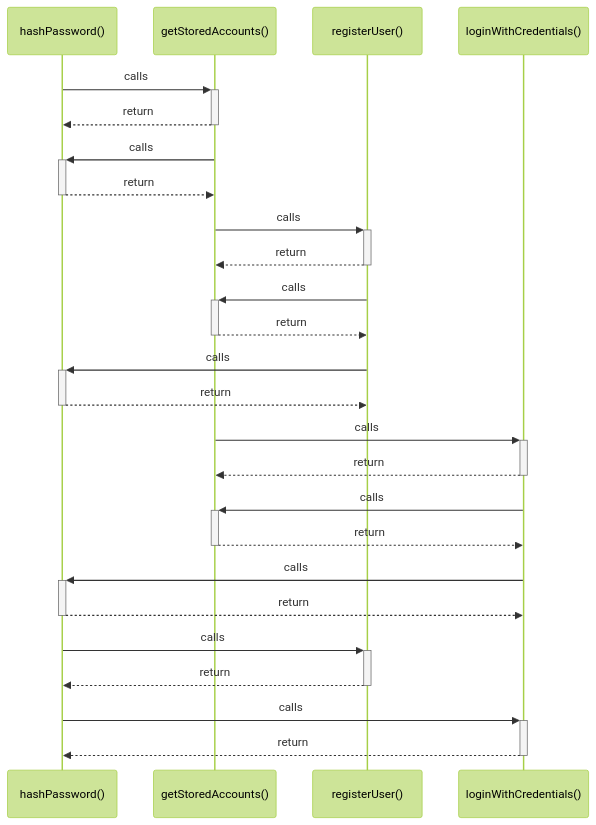
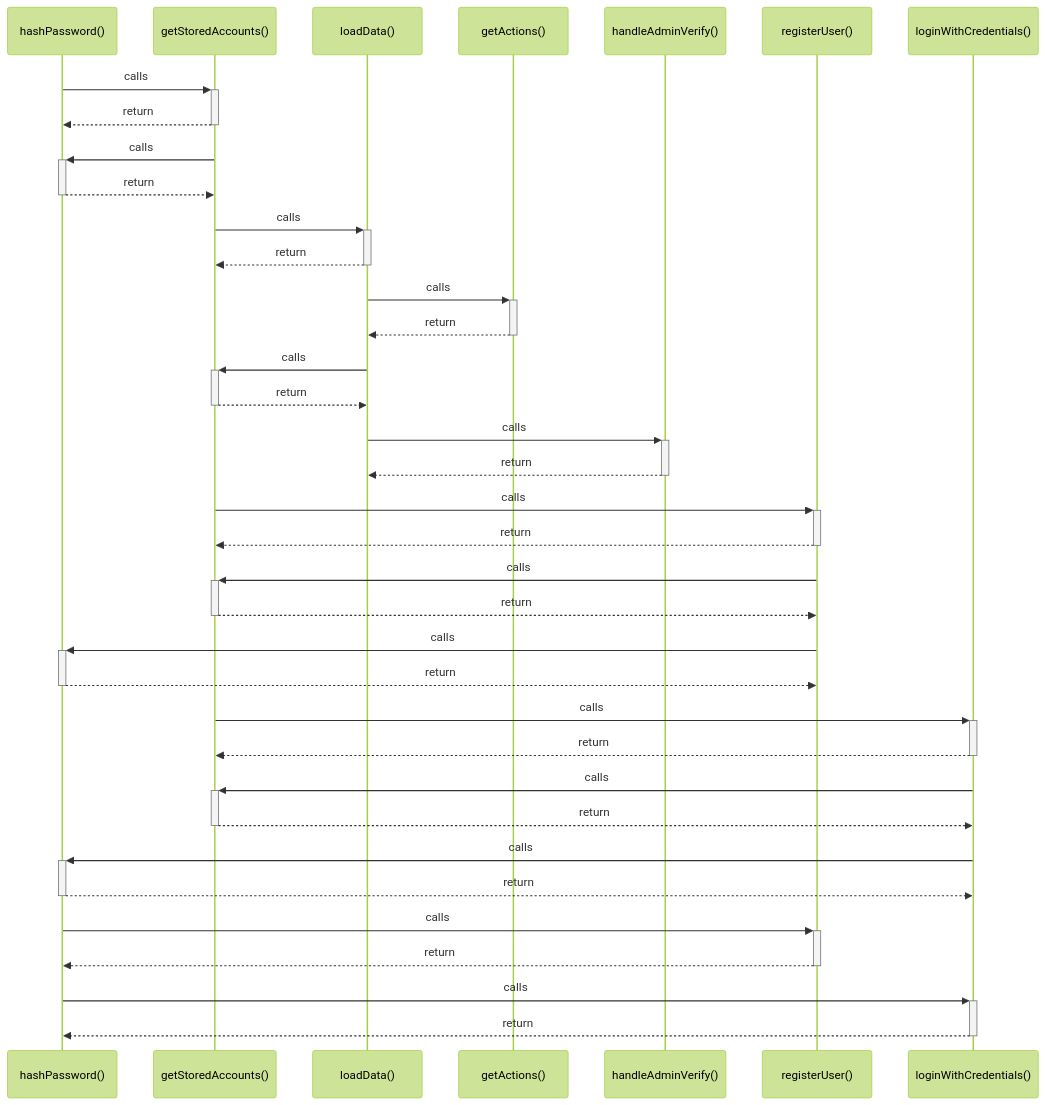
One commit to FY72X9/i-can-app changed the diagram in graphify-out/wiki/hashPassword().md. Above: the diagram before and after it, drawn with Mermaid (forest theme). The commit also changed 35 other files, not shown here.

Commit message:
chore: generate project knowledge graph documentation and presentation materials

````diff
--- a/graphify-out/wiki/hashPassword().md
+++ b/graphify-out/wiki/hashPassword().md
@@ -7,27 +7,38 @@
 ```mermaid
 sequenceDiagram
     participant P0 as hashPassword()
     participant P1 as getStoredAccounts()
-    participant P2 as registerUser()
-    participant P3 as loginWithCredentials()
+    participant P2 as loadData()
+    participant P3 as getActions()
+    participant P4 as handleAdminVerify()
+    participant P5 as registerUser()
+    participant P6 as loginWithCredentials()
     P0->>+ P1: calls
     P1-->>- P0: return
     P1->>+ P0: calls
     P0-->>- P1: return
     P1->>+ P2: calls
     P2-->>- P1: return
+    P2->>+ P3: calls
+    P3-->>- P2: return
     P2->>+ P1: calls
     P1-->>- P2: return
-    P2->>+ P0: calls
-    P0-->>- P2: return
-    P1->>+ P3: calls
-    P3-->>- P1: return
-    P3->>+ P1: calls
-    P1-->>- P3: return
-    P3->>+ P0: calls
-    P0-->>- P3: return
-    P0->>+ P2: calls
-    P2-->>- P0: return
-    P0->>+ P3: calls
-    P3-->>- P0: return
+    P2->>+ P4: calls
+    P4-->>- P2: return
+    P1->>+ P5: calls
+    P5-->>- P1: return
+    P5->>+ P1: calls
+    P1-->>- P5: return
+    P5->>+ P0: calls
+    P0-->>- P5: return
+    P1->>+ P6: calls
+    P6-->>- P1: return
+    P6->>+ P1: calls
+    P1-->>- P6: return
+    P6->>+ P0: calls
+    P0-->>- P6: return
+    P0->>+ P5: calls
+    P5-->>- P0: return
+    P0->>+ P6: calls
+    P6-->>- P0: return
 ```
````
